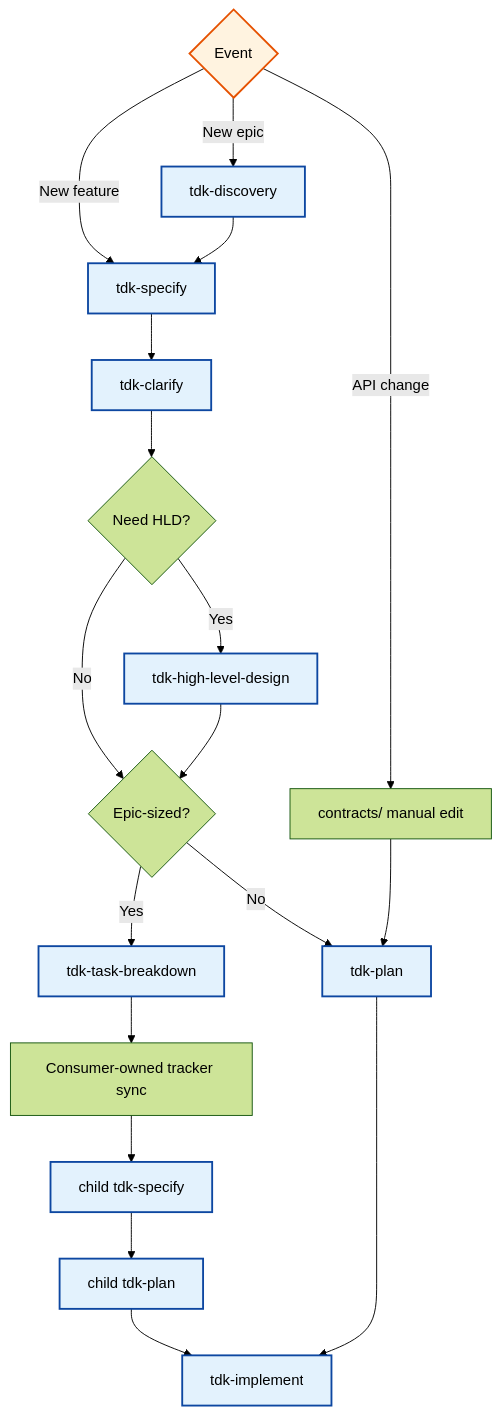
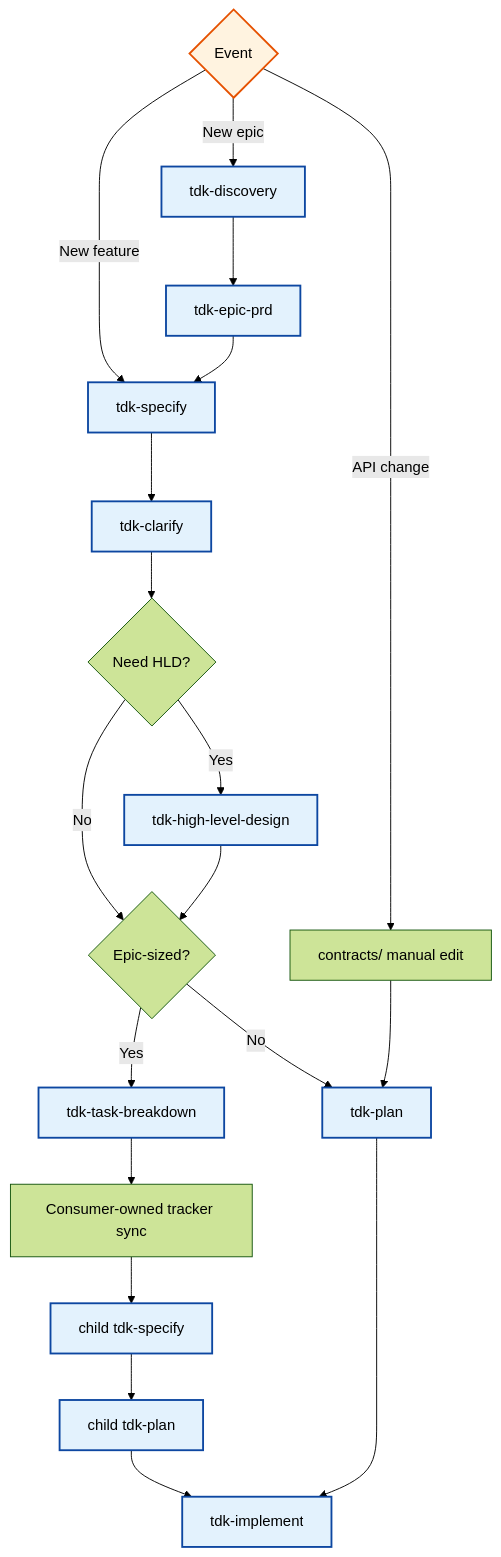
Before and after one commit to vinhltt/tdk: the eighth of 8 diagrams in .specify/docs/en/guides/document-flow.md, drawn with Mermaid (forest theme). The commit also changed other lines of this file and 27 other files, not shown here.

````diff
--- a/.specify/docs/en/guides/document-flow.md
+++ b/.specify/docs/en/guides/document-flow.md
@@ -404,29 +411,30 @@
 ```mermaid
 flowchart TD
     START{Event}
 
     START -->|New epic| DISCOVERY[tdk-discovery]
     START -->|New feature| SPECIFY[tdk-specify]
     START -->|API change| UPDATE_CONTRACT[contracts/ manual edit]
 
-    DISCOVERY --> SPECIFY
+    DISCOVERY --> EPIC_PRD[tdk-epic-prd]
+    EPIC_PRD --> SPECIFY
     SPECIFY --> CLARIFY[tdk-clarify]
     CLARIFY --> HLD{Need HLD?}
     HLD -->|Yes| HLD_CMD[tdk-high-level-design]
     HLD -->|No| EPIC_SIZE{Epic-sized?}
     HLD_CMD --> EPIC_SIZE
     EPIC_SIZE -->|Yes| BREAKDOWN[tdk-task-breakdown]
     BREAKDOWN --> TRACKER[Consumer-owned tracker sync]
     TRACKER --> CHILD_SPEC[child tdk-specify]
     CHILD_SPEC --> CHILD_PLAN[child tdk-plan]
     EPIC_SIZE -->|No| PLAN[tdk-plan]
     CHILD_PLAN --> IMPLEMENT[tdk-implement]
     PLAN --> IMPLEMENT
     
     UPDATE_CONTRACT --> PLAN
 
     classDef event fill:#fff3e0,stroke:#e65100,stroke-width:2px
     classDef command fill:#e3f2fd,stroke:#0d47a1,stroke-width:2px
     class START event
-    class DISCOVERY,SPECIFY,CLARIFY,HLD_CMD,BREAKDOWN,CHILD_SPEC,CHILD_PLAN,PLAN,IMPLEMENT command
+    class DISCOVERY,EPIC_PRD,SPECIFY,CLARIFY,HLD_CMD,BREAKDOWN,CHILD_SPEC,CHILD_PLAN,PLAN,IMPLEMENT command
 ```
````
